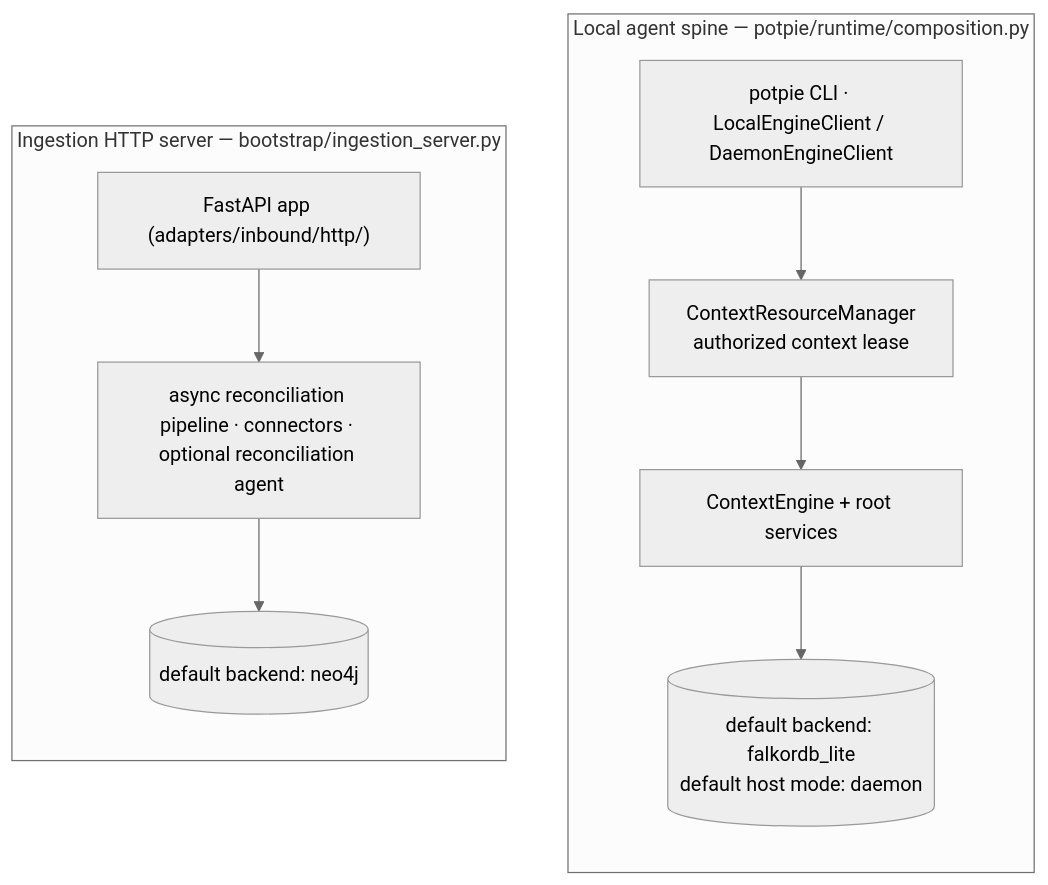
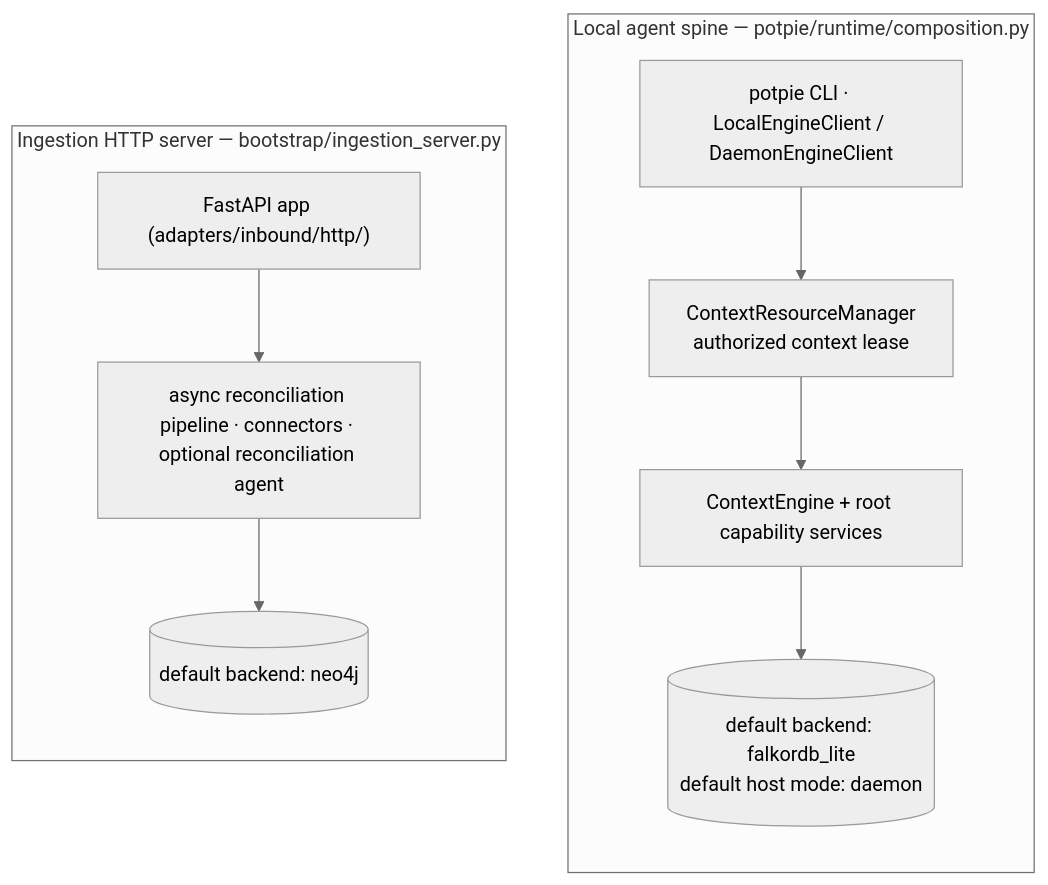
One commit to potpie-ai/potpie changed the second of 5 diagrams in docs/context-graph/architecture.md. Above: the diagram before and after it, drawn with Mermaid (neutral theme). The commit also changed other lines of this file and 11 other files, not shown here.

````diff
--- a/docs/context-graph/architecture.md
+++ b/docs/context-graph/architecture.md
@@ -66,19 +66,19 @@
 ```mermaid
 flowchart TB
   subgraph cg_spine["Local agent spine — potpie/runtime/composition.py"]
     direction TB
     cg_cli["potpie CLI · LocalEngineClient / DaemonEngineClient"]
     cg_shell["ContextResourceManager<br/>authorized context lease"]
-    cg_services["ContextEngine + root services"]
+    cg_services["ContextEngine + root capability services"]
     cg_lite[("default backend: falkordb_lite<br/>default host mode: daemon")]
     cg_cli --> cg_shell --> cg_services --> cg_lite
   end
 
   subgraph cg_ingest["Ingestion HTTP server — bootstrap/ingestion_server.py"]
     direction TB
     cg_fastapi["FastAPI app (adapters/inbound/http/)"]
     cg_pipeline["async reconciliation pipeline · connectors · optional reconciliation agent"]
     cg_neo[("default backend: neo4j")]
     cg_fastapi --> cg_pipeline --> cg_neo
   end
 ```
````
